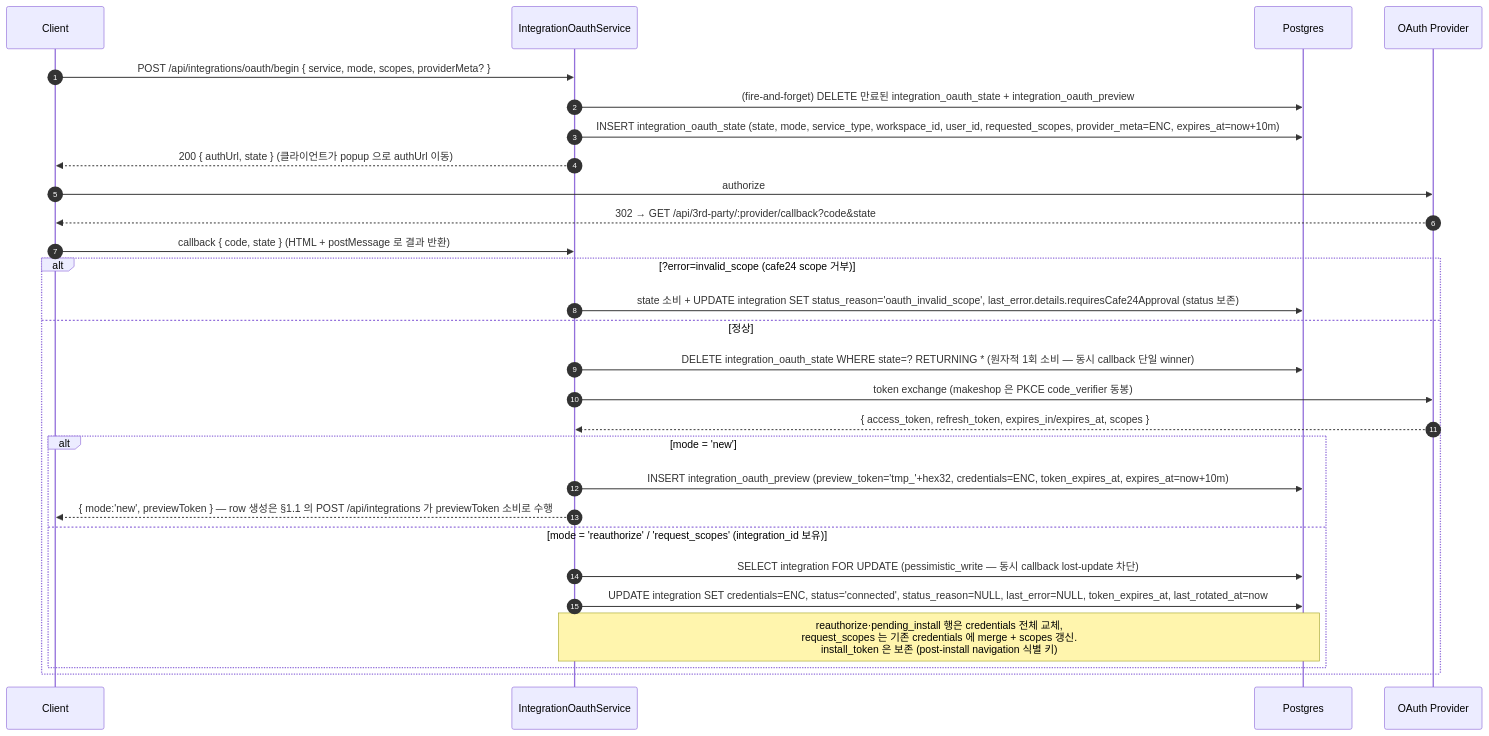
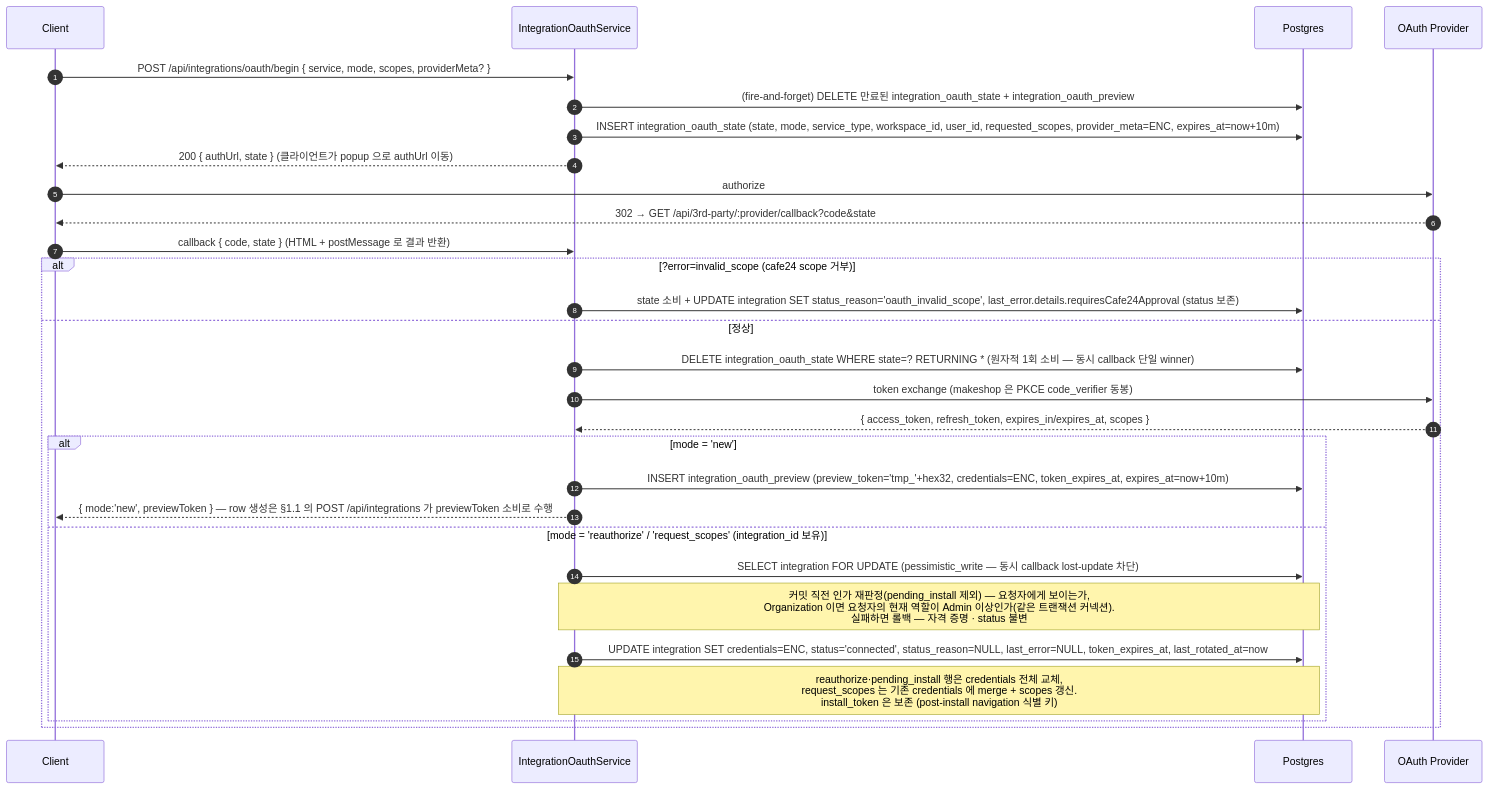
Before and after one commit to worker-ants/clemvion: the second of 7 diagrams in spec/data-flow/5-integration.md, drawn with Mermaid. The commit also changed other lines of this file and 154 other files, not shown here.

First line of the commit message:
fix(integrations): 남의 Personal 통합은 보이지 않고 · Organization 변경은 Admin — 재인증 바꿔치기 차단 (#1402)

````diff
--- a/spec/data-flow/5-integration.md
+++ b/spec/data-flow/5-integration.md
@@ -76,31 +76,32 @@
 ```mermaid
 sequenceDiagram
   autonumber
   participant C as Client
   participant Svc as IntegrationOauthService
   participant PG as Postgres
   participant Prov as OAuth Provider
 
   C->>Svc: POST /api/integrations/oauth/begin { service, mode, scopes, providerMeta? }
   Svc->>PG: (fire-and-forget) DELETE 만료된 integration_oauth_state + integration_oauth_preview
   Svc->>PG: INSERT integration_oauth_state (state, mode, service_type, workspace_id, user_id, requested_scopes, provider_meta=ENC, expires_at=now+10m)
   Svc-->>C: 200 { authUrl, state } (클라이언트가 popup 으로 authUrl 이동)
   C->>Prov: authorize
   Prov-->>C: 302 → GET /api/3rd-party/:provider/callback?code&state
   C->>Svc: callback { code, state } (HTML + postMessage 로 결과 반환)
   alt ?error=invalid_scope (cafe24 scope 거부)
     Svc->>PG: state 소비 + UPDATE integration SET status_reason='oauth_invalid_scope', last_error.details.requiresCafe24Approval (status 보존)
   else 정상
     Svc->>PG: DELETE integration_oauth_state WHERE state=? RETURNING * (원자적 1회 소비 — 동시 callback 단일 winner)
     Svc->>Prov: token exchange (makeshop 은 PKCE code_verifier 동봉)
     Prov-->>Svc: { access_token, refresh_token, expires_in/expires_at, scopes }
     alt mode = 'new'
       Svc->>PG: INSERT integration_oauth_preview (preview_token='tmp_'+hex32, credentials=ENC, token_expires_at, expires_at=now+10m)
       Svc-->>C: { mode:'new', previewToken } — row 생성은 §1.1 의 POST /api/integrations 가 previewToken 소비로 수행
     else mode = 'reauthorize' / 'request_scopes' (integration_id 보유)
       Svc->>PG: SELECT integration FOR UPDATE (pessimistic_write — 동시 callback lost-update 차단)
+      Note over Svc,PG: 커밋 직전 인가 재판정(pending_install 제외) — 요청자에게 보이는가,<br/>Organization 이면 요청자의 현재 역할이 Admin 이상인가(같은 트랜잭션 커넥션).<br/>실패하면 롤백 — 자격 증명 · status 불변
       Svc->>PG: UPDATE integration SET credentials=ENC, status='connected', status_reason=NULL, last_error=NULL, token_expires_at, last_rotated_at=now
       Note over Svc,PG: reauthorize·pending_install 행은 credentials 전체 교체,<br/>request_scopes 는 기존 credentials 에 merge + scopes 갱신.<br/>install_token 은 보존 (post-install navigation 식별 키)
     end
   end
 ```
````
